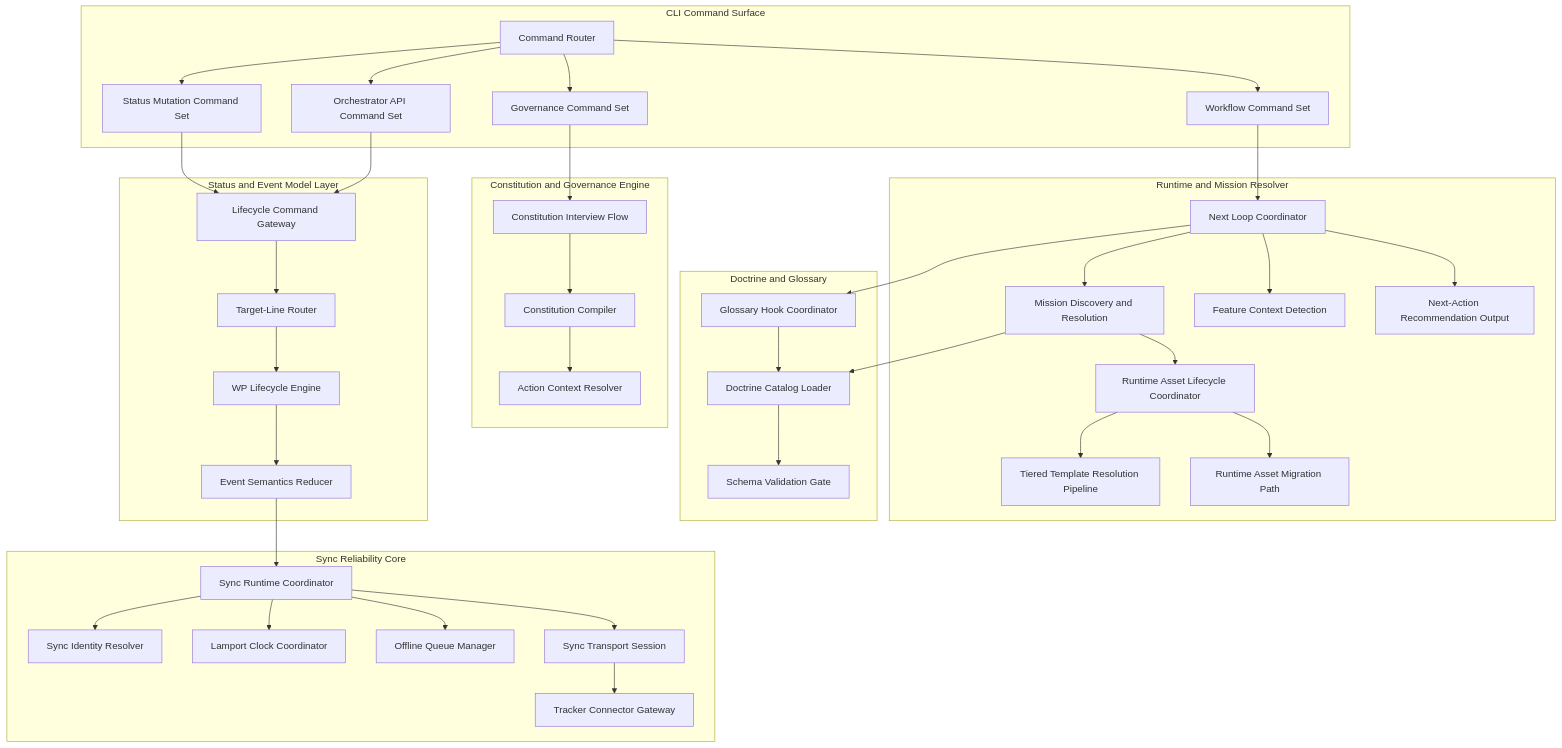
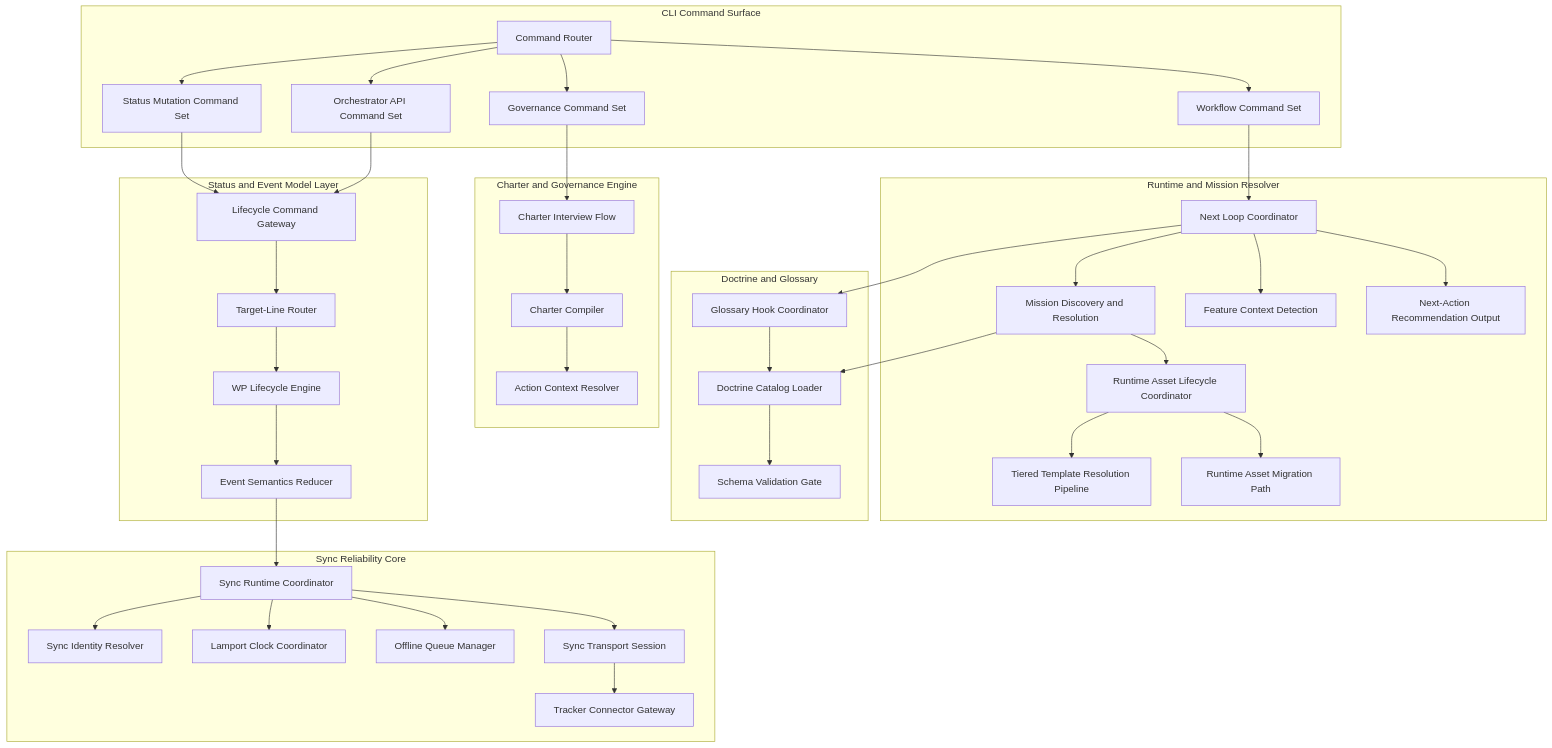
One commit to Priivacy-ai/spec-kitty changed the first of 6 diagrams in architecture/2.x/03_components/README.md. Above: the diagram before and after it, drawn with Mermaid. The commit also changed other lines of this file and 324 other files, not shown here.

````diff
--- a/architecture/2.x/03_components/README.md
+++ b/architecture/2.x/03_components/README.md
@@ -23,82 +23,82 @@
 ```mermaid
 flowchart TB
     subgraph CLI["CLI Command Surface"]
       router[Command Router]
       workflow[Workflow Command Set]
       statusCmd[Status Mutation Command Set]
       governanceCmd[Governance Command Set]
       apiCmd[Orchestrator API Command Set]
     end
 
     subgraph Runtime["Runtime and Mission Resolver"]
       nextLoop[Next Loop Coordinator]
       missionResolve[Mission Discovery and Resolution]
       runtimeAsset[Runtime Asset Lifecycle Coordinator]
       templateResolve[Tiered Template Resolution Pipeline]
       runtimeMigration[Runtime Asset Migration Path]
       featureCtx[Feature Context Detection]
       decisionOut[Next-Action Recommendation Output]
     end
 
-    subgraph Governance["Constitution and Governance Engine"]
-      interview[Constitution Interview Flow]
-      compile[Constitution Compiler]
+    subgraph Governance["Charter and Governance Engine"]
+      interview[Charter Interview Flow]
+      compile[Charter Compiler]
       ctxResolve[Action Context Resolver]
     end
 
     subgraph Knowledge["Doctrine and Glossary"]
       doctrineCatalog[Doctrine Catalog Loader]
       schemaGate[Schema Validation Gate]
       glossaryHook[Glossary Hook Coordinator]
     end
 
     subgraph State["Status and Event Model Layer"]
       lifecycleGateway[Lifecycle Command Gateway]
       targetRouter[Target-Line Router]
       wpLifecycle[WP Lifecycle Engine]
       eventSemantics[Event Semantics Reducer]
     end
 
     subgraph Sync["Sync Reliability Core"]
       syncRuntime[Sync Runtime Coordinator]
       syncIdentity[Sync Identity Resolver]
       syncClock[Lamport Clock Coordinator]
       syncQueue[Offline Queue Manager]
       syncTransport[Sync Transport Session]
       trackerGateway[Tracker Connector Gateway]
     end
 
     router --> workflow
     router --> statusCmd
     router --> governanceCmd
     router --> apiCmd
 
     workflow --> nextLoop
     nextLoop --> missionResolve
     missionResolve --> runtimeAsset
     runtimeAsset --> templateResolve
     runtimeAsset --> runtimeMigration
     nextLoop --> featureCtx
     nextLoop --> decisionOut
 
     governanceCmd --> interview
     interview --> compile
     compile --> ctxResolve
 
     missionResolve --> doctrineCatalog
     doctrineCatalog --> schemaGate
     nextLoop --> glossaryHook
     glossaryHook --> doctrineCatalog
 
     statusCmd --> lifecycleGateway
     apiCmd --> lifecycleGateway
     lifecycleGateway --> targetRouter
     targetRouter --> wpLifecycle
     wpLifecycle --> eventSemantics
     eventSemantics --> syncRuntime
     syncRuntime --> syncIdentity
     syncRuntime --> syncClock
     syncRuntime --> syncQueue
     syncRuntime --> syncTransport
     syncTransport --> trackerGateway
 ```
````
